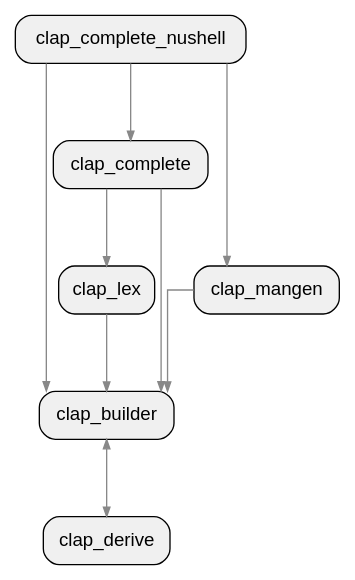
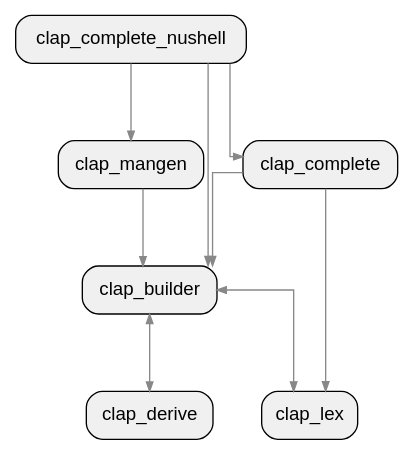
The diagram in sample/rust/clap-pagerank/depth_1_crate.dot (allenanswerzq/llmcc), drawn with Graphviz before and after one commit. The commit also changed 361 other files, not shown here.

```diff
--- a/sample/rust/clap-pagerank/depth_1_crate.dot
+++ b/sample/rust/clap-pagerank/depth_1_crate.dot
@@ -1,30 +1,31 @@
 digraph architecture {
   rankdir=TB;
   ranksep=0.8;
   nodesep=0.4;
   splines=ortho;
   concentrate=true;
 
   node [shape=box, style="rounded,filled", fillcolor="#f0f0f0", fontname="Helvetica"];
   edge [color="#888888", arrowsize=0.7];
 
   labelloc=t;
   fontsize=16;
 
   crate_clap_builder[label="clap_builder", path="/home/yibai/llmcc/sample/repos/clap/clap_builder"];
   crate_clap_complete[label="clap_complete", path="/home/yibai/llmcc/sample/repos/clap/clap_complete"];
   crate_clap_complete_nushell[label="clap_complete_nushell", path="/home/yibai/llmcc/sample/repos/clap/clap_complete_nushell"];
   crate_clap_derive[label="clap_derive", path="/home/yibai/llmcc/sample/repos/clap/clap_derive"];
   crate_clap_lex[label="clap_lex", path="/home/yibai/llmcc/sample/repos/clap/clap_lex"];
   crate_clap_mangen[label="clap_mangen", path="/home/yibai/llmcc/sample/repos/clap/clap_mangen"];
 
   crate_clap_builder -> crate_clap_derive;
+  crate_clap_builder -> crate_clap_lex;
   crate_clap_complete -> crate_clap_builder;
   crate_clap_complete -> crate_clap_lex;
   crate_clap_complete_nushell -> crate_clap_builder;
   crate_clap_complete_nushell -> crate_clap_complete;
   crate_clap_complete_nushell -> crate_clap_mangen;
   crate_clap_derive -> crate_clap_builder;
   crate_clap_lex -> crate_clap_builder;
   crate_clap_mangen -> crate_clap_builder;
 }
```
